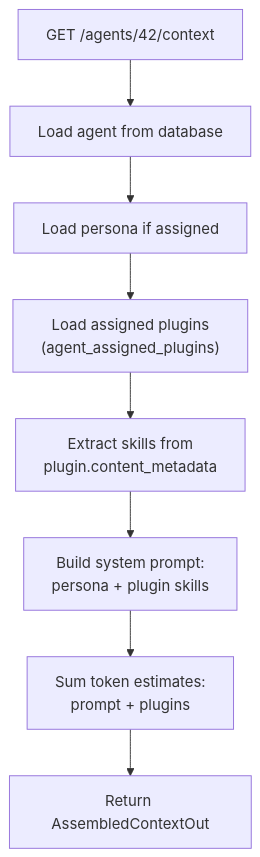
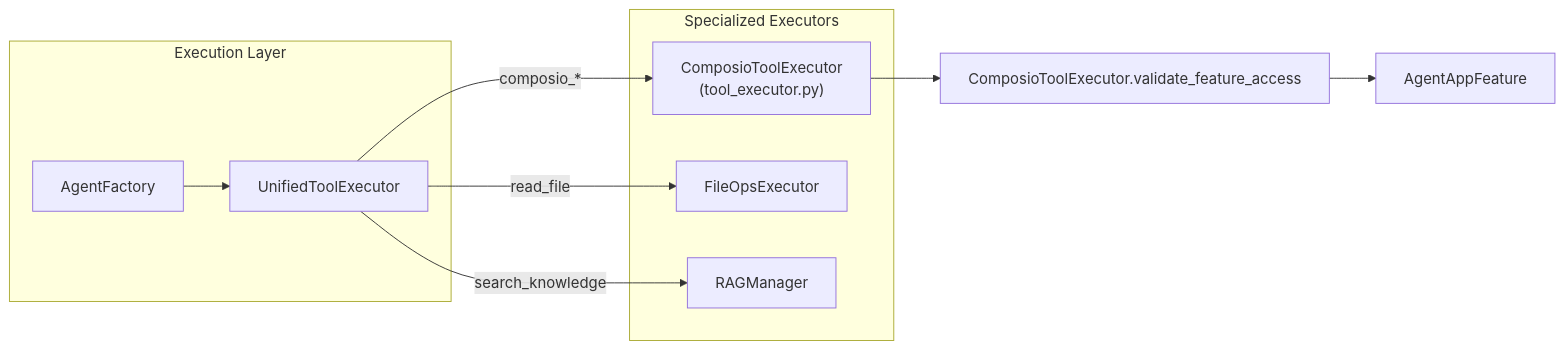
Before and after one commit to AutomatosAI/automatos-ai: the second of 2 diagrams in docs/tools-integrations/tools-api-reference.md, drawn with Mermaid. The commit also changed other lines of this file and 149 other files, not shown here.

Commit message:
docs: refresh documentation with graphify semantic scan

````diff
--- a/docs/tools-integrations/tools-api-reference.md
+++ b/docs/tools-integrations/tools-api-reference.md
@@ -1328,10 +162,21 @@
 ```mermaid
-graph TB
-    Request["GET /agents/42/context"] --> LoadAgent["Load agent from database"]
-    LoadAgent --> LoadPersona["Load persona if assigned"]
-    LoadPersona --> LoadPlugins["Load assigned plugins<br/>(agent_assigned_plugins)"]
-    LoadPlugins --> ExtractSkills["Extract skills from<br/>plugin.content_metadata"]
-    ExtractSkills --> BuildPrompt["Build system prompt:<br/>persona + plugin skills"]
-    BuildPrompt --> EstimateTokens["Sum token estimates:<br/>prompt + plugins"]
-    EstimateTokens --> Response["Return AssembledContextOut"]
+graph LR
+    subgraph "Execution Layer"
+        AF["AgentFactory"]
+        UTE["UnifiedToolExecutor"]
+    end
+    
+    subgraph "Specialized Executors"
+        CTE["ComposioToolExecutor<br/>(tool_executor.py)"]
+        FOP["FileOpsExecutor"]
+        RES["RAGManager"]
+    end
+
+    AF --> UTE
+    UTE --> |"composio_*"| CTE
+    UTE --> |"read_file"| FOP
+    UTE --> |"search_knowledge"| RES
+    
+    CTE --> Validate["ComposioToolExecutor.validate_feature_access"]
+    Validate --> DB["AgentAppFeature"]
 ```
````
